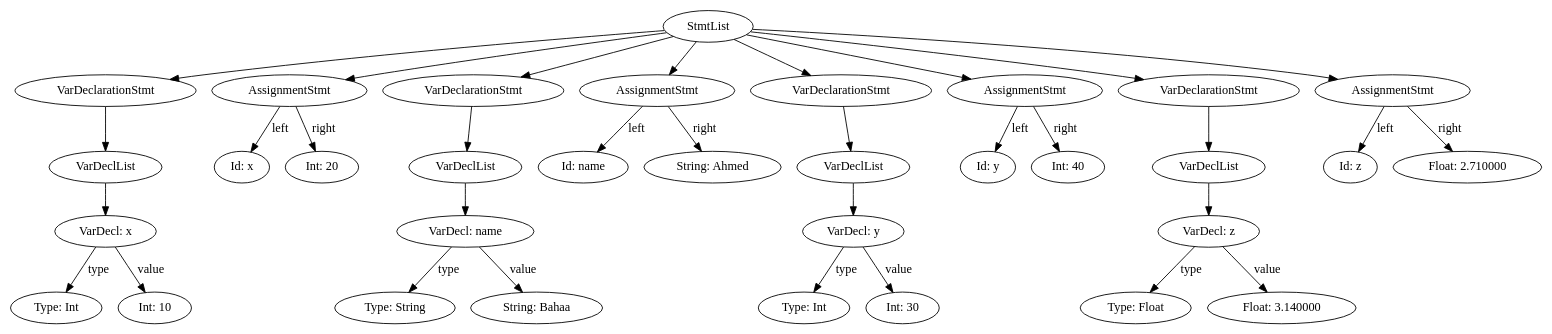
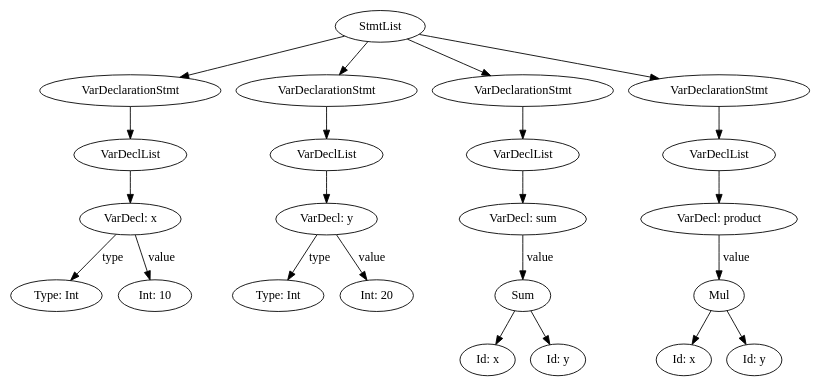
The diagram in SwiftLex/swift.dot (ZER-DAY/swift-compiler), drawn with Graphviz before and after one commit. The commit also changed 10 other files, not shown here.

```diff
--- a/SwiftLex/swift.dot
+++ b/SwiftLex/swift.dot
@@ -1,67 +1,47 @@
 digraph swift {
 6 [label="StmtList"]
 6->5
 5 [label="VarDeclarationStmt"]
 5->4
 4 [label="VarDeclList"]
 4->3
 3 [label="VarDecl: x"]
 3->0 [label="type"]
 0 [label="Type: Int"]
 3->2 [label="value"]
 2 [label="Int: 10"]
-6->9
-9 [label="AssignmentStmt"]
-9->7 [label="left"]
-9->8 [label="right"]
-7 [label="Id: x"]
-8 [label="Int: 20"]
-6->15
-15 [label="VarDeclarationStmt"]
+6->12
+12 [label="VarDeclarationStmt"]
+12->11
+11 [label="VarDeclList"]
+11->10
+10 [label="VarDecl: y"]
+10->7 [label="type"]
+7 [label="Type: Int"]
+10->9 [label="value"]
+9 [label="Int: 20"]
+6->18
+18 [label="VarDeclarationStmt"]
+18->17
+17 [label="VarDeclList"]
+17->16
+16 [label="VarDecl: sum"]
+16->15 [label="value"]
+15 [label="Sum"]
+15->13
 15->14
-14 [label="VarDeclList"]
-14->13
-13 [label="VarDecl: name"]
-13->10 [label="type"]
-10 [label="Type: String"]
-13->12 [label="value"]
-12 [label="String: Bahaa"]
-6->18
-18 [label="AssignmentStmt"]
-18->16 [label="left"]
-18->17 [label="right"]
-16 [label="Id: name"]
-17 [label="String: Ahmed"]
+13 [label="Id: x"]
+14 [label="Id: y"]
 6->24
 24 [label="VarDeclarationStmt"]
 24->23
 23 [label="VarDeclList"]
 23->22
-22 [label="VarDecl: y"]
-22->19 [label="type"]
-19 [label="Type: Int"]
+22 [label="VarDecl: product"]
 22->21 [label="value"]
-21 [label="Int: 30"]
-6->27
-27 [label="AssignmentStmt"]
-27->25 [label="left"]
-27->26 [label="right"]
-25 [label="Id: y"]
-26 [label="Int: 40"]
-6->33
-33 [label="VarDeclarationStmt"]
-33->32
-32 [label="VarDeclList"]
-32->31
-31 [label="VarDecl: z"]
-31->28 [label="type"]
-28 [label="Type: Float"]
-31->30 [label="value"]
-30 [label="Float: 3.140000"]
-6->36
-36 [label="AssignmentStmt"]
-36->34 [label="left"]
-36->35 [label="right"]
-34 [label="Id: z"]
-35 [label="Float: 2.710000"]
+21 [label="Mul"]
+21->19
+21->20
+19 [label="Id: x"]
+20 [label="Id: y"]
 }
```
